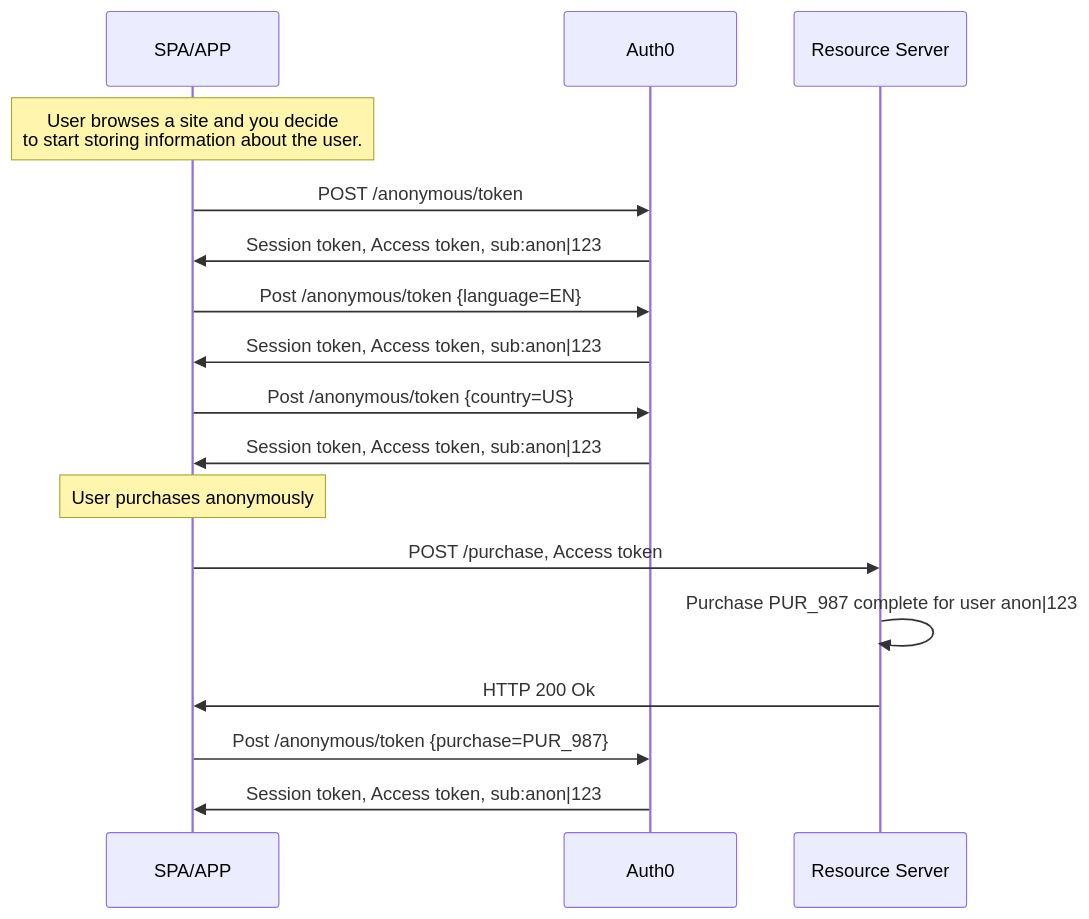
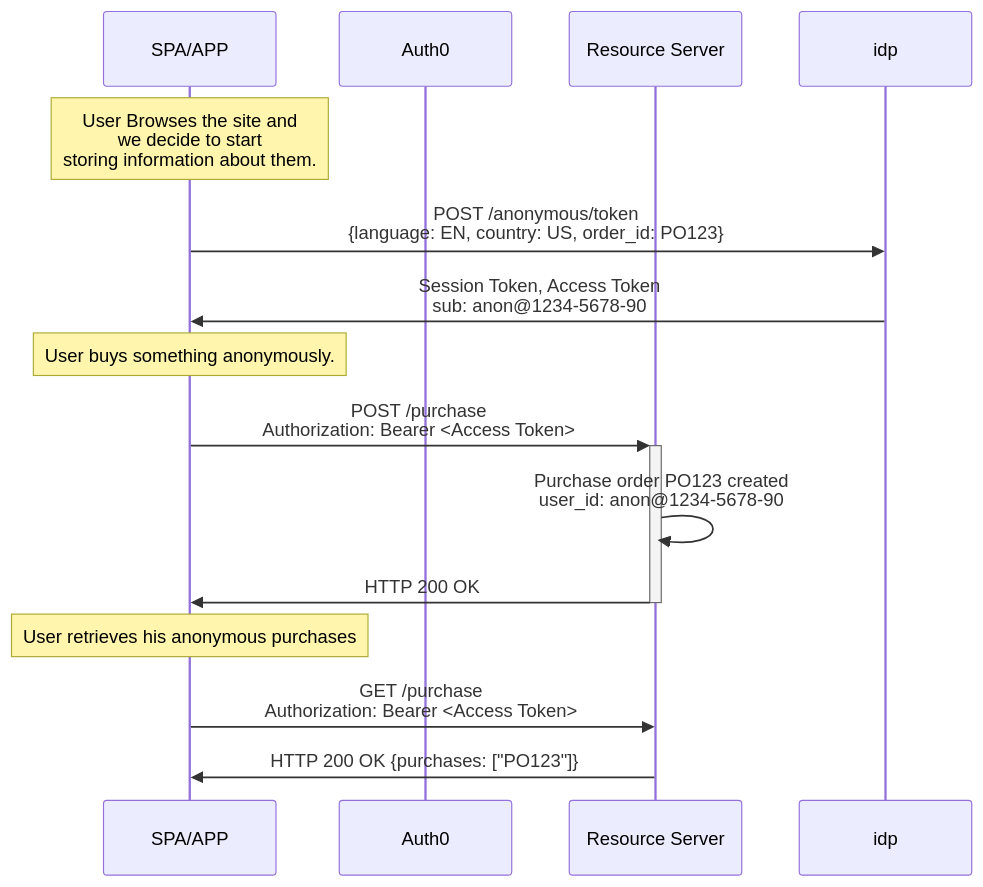
One commit to auth0/docs-v2 changed the diagram in main/docs/manage-users/sessions/anonymous-sessions.mdx. Above: the diagram before and after it, drawn with Mermaid. The commit also changed other lines of this file and 3 other files, not shown here.

Commit message:
Update release, mermaid code,

````diff
--- a/main/docs/manage-users/sessions/anonymous-sessions.mdx
+++ b/main/docs/manage-users/sessions/anonymous-sessions.mdx
@@ -11,19 +20,16 @@
 ```mermaid actions={false}
 sequenceDiagram
-  participant SPA/APP
-  participant Auth0
-  participant Resource Server
-  note over SPA/APP: User browses a site and you decide<br/> to start storing information about the user.
-  SPA/APP ->> Auth0: POST /anonymous/token
-  Auth0 ->> SPA/APP: Session token, Access token, sub:anon|123
-  SPA/APP ->> Auth0: Post /anonymous/token {language=EN}
-  Auth0 ->> SPA/APP: Session token, Access token, sub:anon|123
-  SPA/APP ->> Auth0: Post /anonymous/token {country=US}
-  Auth0 ->> SPA/APP: Session token, Access token, sub:anon|123
-  note over SPA/APP: User purchases anonymously
-  SPA/APP ->> Resource Server: POST /purchase, Access token
-  Resource Server ->> Resource Server: Purchase PUR_987 complete for user anon|123
-  Resource Server ->> SPA/APP: HTTP 200 Ok
-  SPA/APP ->> Auth0: Post /anonymous/token {purchase=PUR_987}
-  Auth0 ->> SPA/APP: Session token, Access token, sub:anon|123
+  participant app as SPA/APP
+  participant IdP as Auth0
+  participant rs as Resource Server
+  note over app: User Browses the site and <br> we decide to start <br> storing information about them.
+  app ->> idp: POST /anonymous/token<br>{language: EN, country: US, order_id: PO123}
+  idp ->> app: Session Token, Access Token<br>sub: anon@1234-5678-90
+  note over app: User buys something anonymously.
+  app ->>+ rs: POST /purchase<br> Authorization: Bearer <Access Token>
+  rs ->> rs: Purchase order PO123 created<br>user_id: anon@1234-5678-90
+  rs ->>- app: HTTP 200 OK
+  note over app: User retrieves his anonymous purchases
+  app ->> rs: GET /purchase<br> Authorization: Bearer <Access Token>
+  rs ->> app: HTTP 200 OK {purchases: ["PO123"]}
 ```
````
